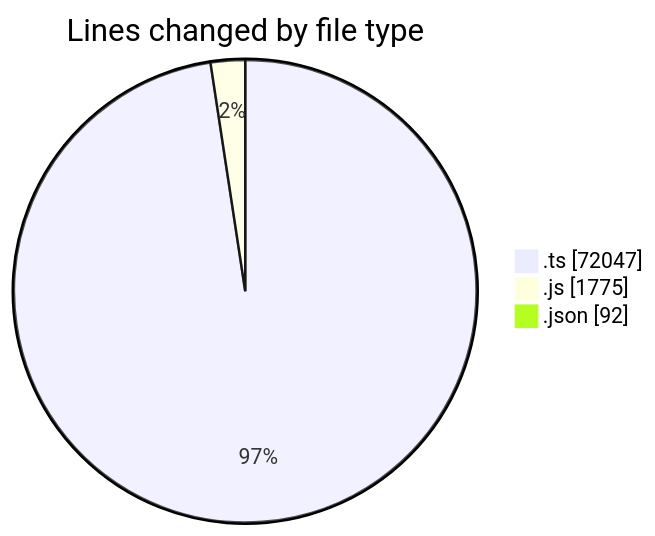
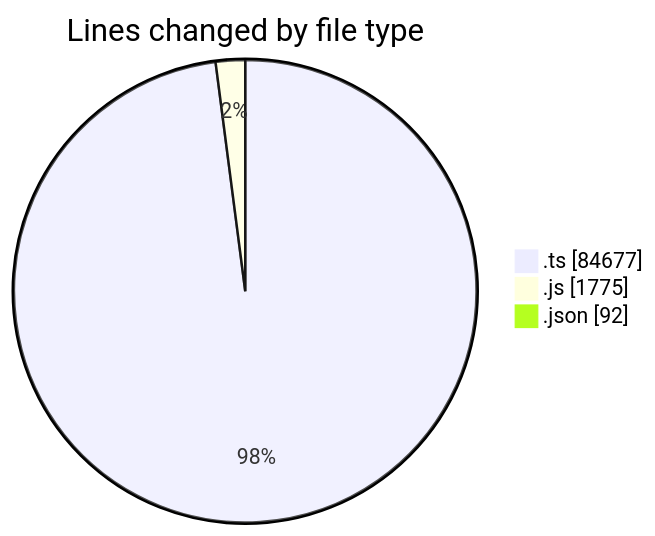
Before and after one commit to momahboobian/code-tracking: the first of 2 diagrams in 2025-09-29/cda/README.md, drawn with Mermaid. The commit also changed other lines of this file and 1 other file, not shown here.

````diff
--- a/2025-09-29/cda/README.md
+++ b/2025-09-29/cda/README.md
@@ -38,7 +39,7 @@
 ```mermaid
 pie showData
 title Lines changed by file type
-".ts" : 72047
+".ts" : 84677
 ".js" : 1775
 ".json" : 92
 ```
````
